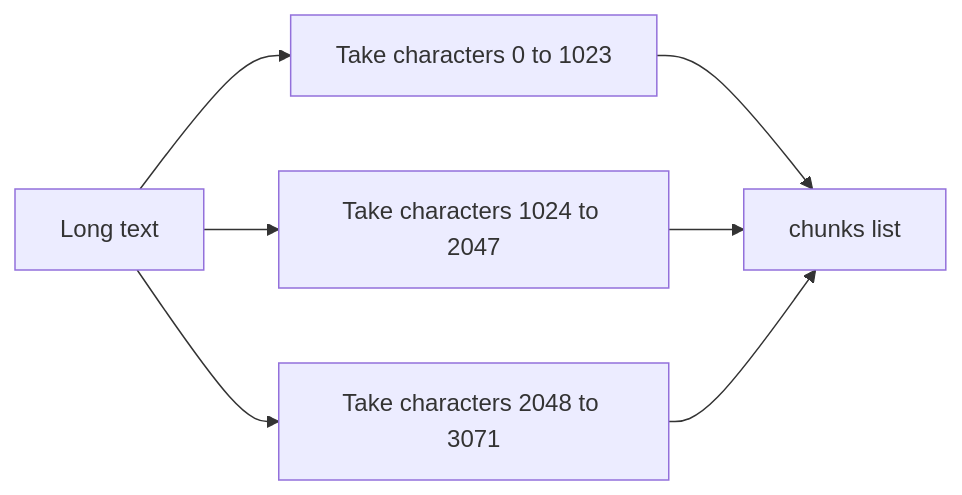
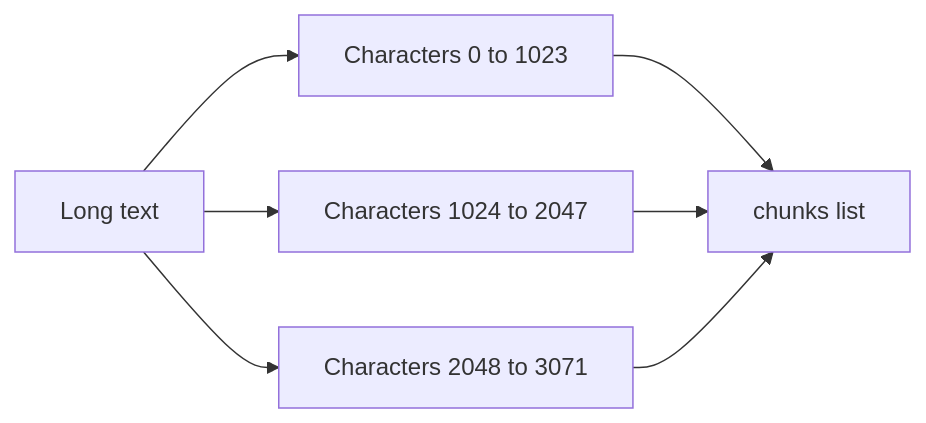
The fourth of 14 diagrams in README.md (moslemajra85/knowlege_base_rag), drawn with Mermaid before and after one commit. The commit also changed other lines of this file, not shown here.

````diff
--- a/README.md
+++ b/README.md
@@ -203,9 +199,9 @@
 ```mermaid
 flowchart LR
-    A[Long text] --> B[Take characters 0 to 1023]
-    A --> C[Take characters 1024 to 2047]
-    A --> D[Take characters 2048 to 3071]
+    A[Long text] --> B[Characters 0 to 1023]
+    A --> C[Characters 1024 to 2047]
+    A --> D[Characters 2048 to 3071]
     B --> E[chunks list]
     C --> E
     D --> E
 ```
````
